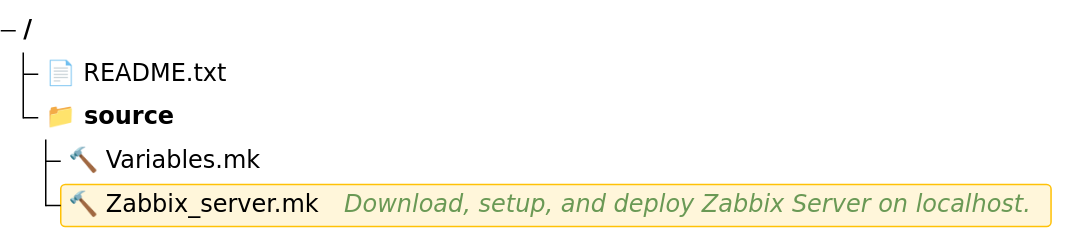
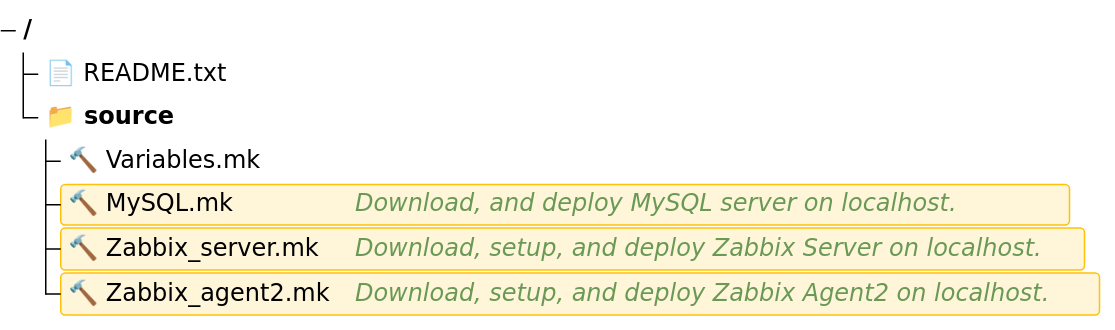
One commit to Zai4ikManiak/Cyber-Security-Study changed the diagram in README.md. Above: the diagram before and after it, drawn with Mermaid.

Commit message:
modified:   README.md

````diff
--- a/README.md
+++ b/README.md
@@ -2,13 +2,15 @@
 ```mermaid
 ---
 config:
     treeView:
         showIcons: false
         defaultIconPack: material-icon-theme
 ---
 treeView-beta
     📄 README.txt
     📁 source/ 
         🔨 Variables.mk
+        🔨 MySQL.mk :::highlight ## Download, and deploy MySQL server on localhost.
         🔨 Zabbix_server.mk :::highlight ## Download, setup, and deploy Zabbix Server on localhost.
+        🔨 Zabbix_agent2.mk :::highlight ## Download, setup, and deploy Zabbix Agent2 on localhost.
 ```
````
